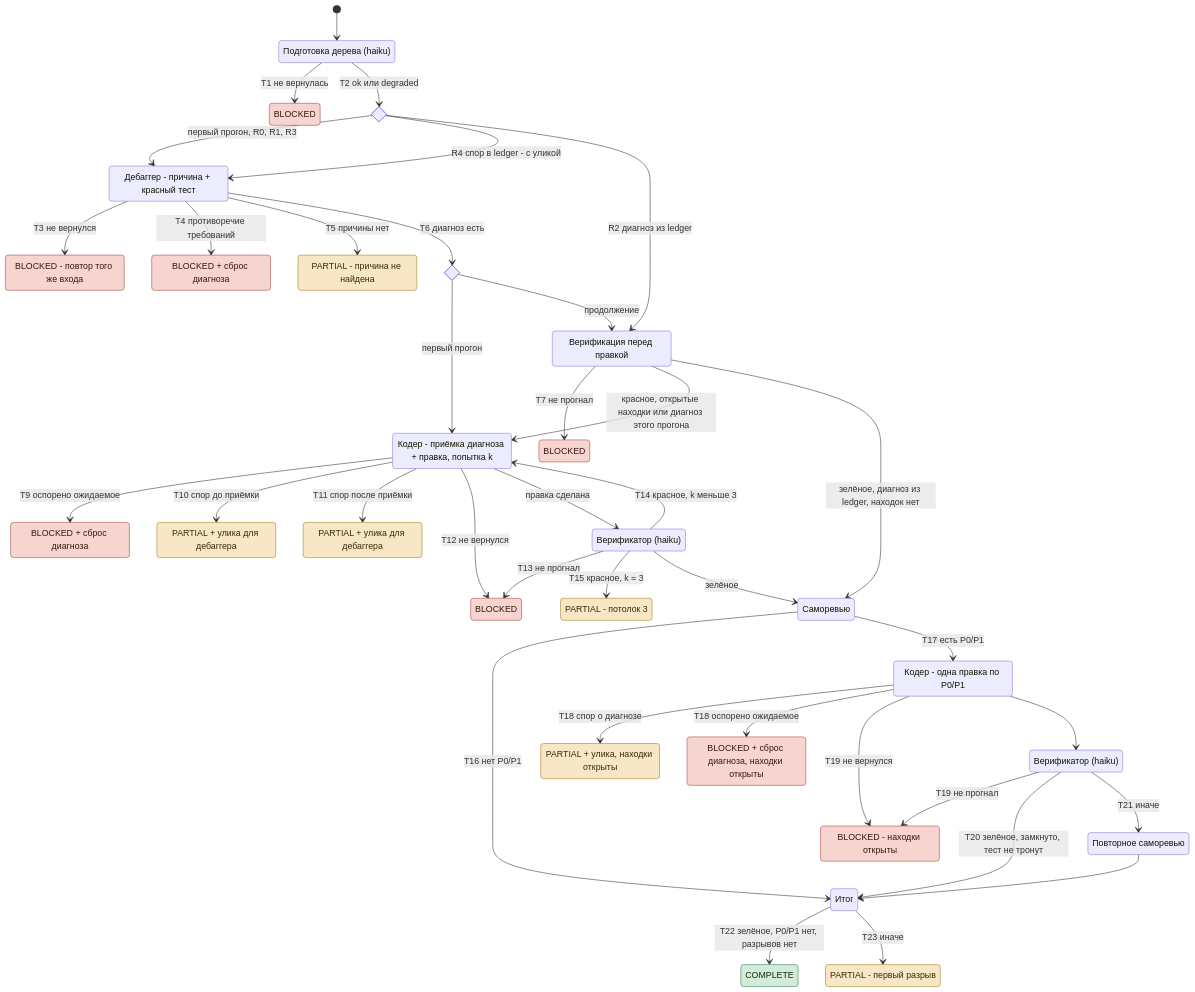
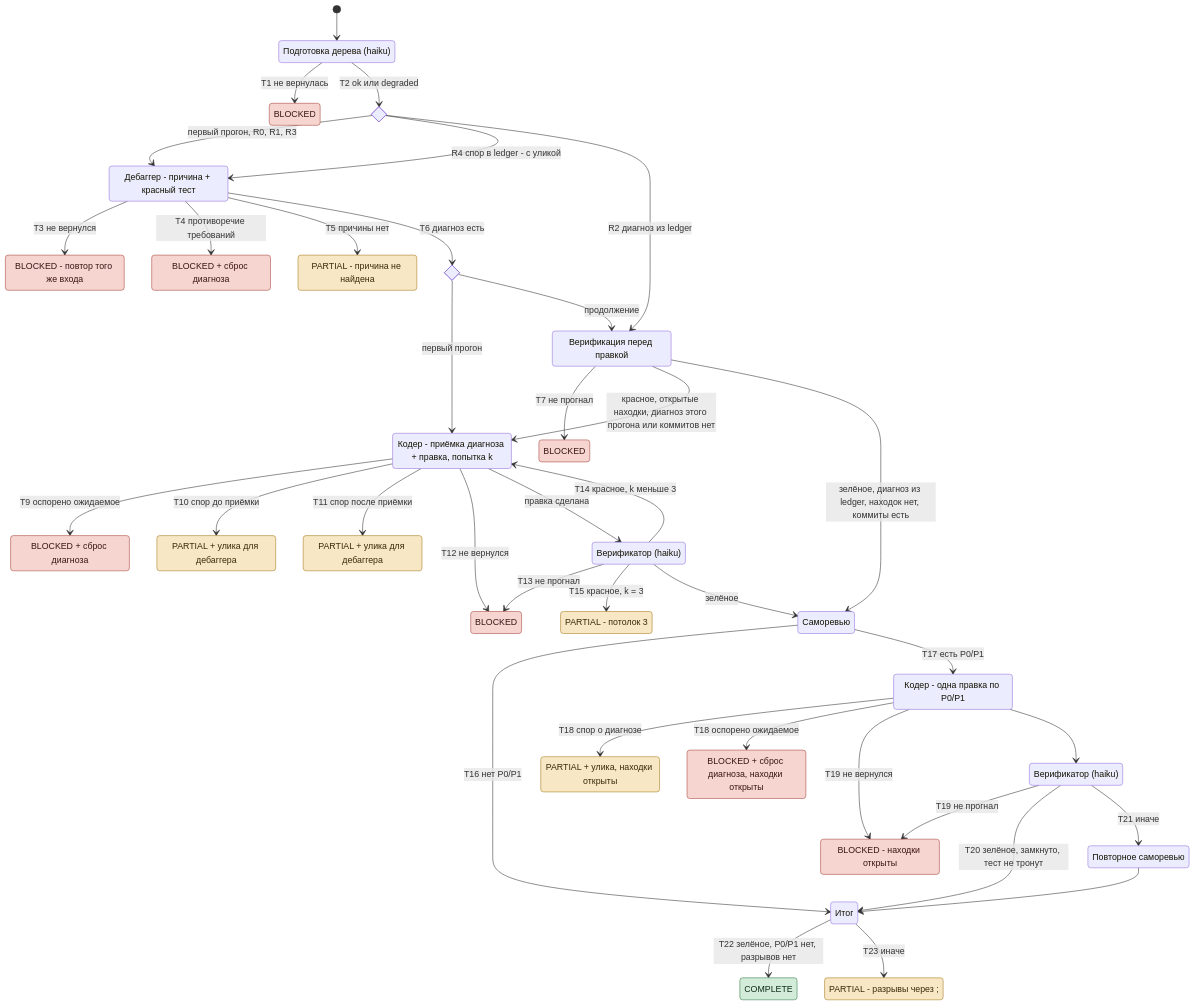
Before and after one commit to dex-it/claude-code-marketplace: the diagram in plugins/auto/docs/tracks/bugfix.md, drawn with Mermaid. The commit also changed other lines of this file and 6 other files, not shown here.

````diff
--- a/plugins/auto/docs/tracks/bugfix.md
+++ b/plugins/auto/docs/tracks/bugfix.md
@@ -13,81 +13,81 @@
 ```mermaid
 stateDiagram-v2
   direction TB
   [*] --> Prep
   state "Подготовка дерева (haiku)" as Prep
   state "Дебаггер - причина + красный тест" as Debug
   state "Верификация перед правкой" as RVerify
   state "Кодер - приёмка диагноза + правка, попытка k" as Coder
   state "Верификатор (haiku)" as Verify
   state "Саморевью" as Review
   state "Кодер - одна правка по P0/P1" as RFix
   state "Верификатор (haiku)" as Verify2
   state "Повторное саморевью" as Review2
   state "Итог" as Final
   state entry <<choice>>
   state afterDiag <<choice>>
 
   state "BLOCKED" as B1
   state "BLOCKED - повтор того же входа" as B2
   state "BLOCKED + сброс диагноза" as B3
   state "PARTIAL - причина не найдена" as P1
   state "BLOCKED" as B4
   state "BLOCKED + сброс диагноза" as B5
   state "PARTIAL + улика для дебаггера" as P2
   state "PARTIAL + улика для дебаггера" as P3
   state "BLOCKED" as B6
   state "PARTIAL - потолок 3" as P4
   state "PARTIAL + улика, находки открыты" as P5
   state "BLOCKED - находки открыты" as B7
   state "BLOCKED + сброс диагноза, находки открыты" as B8
   state "COMPLETE" as C
-  state "PARTIAL - первый разрыв" as P6
+  state "PARTIAL - разрывы через ;" as P6
 
   Prep --> B1: T1 не вернулась
   Prep --> entry: T2 ok или degraded
   entry --> Debug: первый прогон, R0, R1, R3
   entry --> Debug: R4 спор в ledger - с уликой
   entry --> RVerify: R2 диагноз из ledger
 
   Debug --> B2: T3 не вернулся
   Debug --> B3: T4 противоречие требований
   Debug --> P1: T5 причины нет
   Debug --> afterDiag: T6 диагноз есть
   afterDiag --> Coder: первый прогон
   afterDiag --> RVerify: продолжение
 
   RVerify --> B4: T7 не прогнал
-  RVerify --> Coder: красное, открытые находки или диагноз этого прогона
-  RVerify --> Review: зелёное, диагноз из ledger, находок нет
+  RVerify --> Coder: красное, открытые находки, диагноз этого прогона или коммитов нет
+  RVerify --> Review: зелёное, диагноз из ledger, находок нет, коммиты есть
 
   Coder --> B5: T9 оспорено ожидаемое
   Coder --> P2: T10 спор до приёмки
   Coder --> P3: T11 спор после приёмки
   Coder --> B6: T12 не вернулся
   Coder --> Verify: правка сделана
   Verify --> B6: T13 не прогнал
   Verify --> Coder: T14 красное, k меньше 3
   Verify --> P4: T15 красное, k = 3
   Verify --> Review: зелёное
 
   Review --> Final: T16 нет P0/P1
   Review --> RFix: T17 есть P0/P1
   RFix --> P5: T18 спор о диагнозе
   RFix --> B8: T18 оспорено ожидаемое
   RFix --> B7: T19 не вернулся
   RFix --> Verify2
   Verify2 --> B7: T19 не прогнал
   Verify2 --> Final: T20 зелёное, замкнуто, тест не тронут
   Verify2 --> Review2: T21 иначе
   Review2 --> Final
 
   Final --> C: T22 зелёное, P0/P1 нет, разрывов нет
   Final --> P6: T23 иначе
 
   classDef stop fill:#f6d5d1,stroke:#a8453b,color:#3b1512
   classDef part fill:#f7e7c4,stroke:#a57a1c,color:#3a2a06
   classDef done fill:#d3ecd9,stroke:#2f7a45,color:#0f2e18
   class B1,B2,B3,B4,B5,B6,B7,B8 stop
   class P1,P2,P3,P4,P5,P6 part
   class C done
 ```
````
